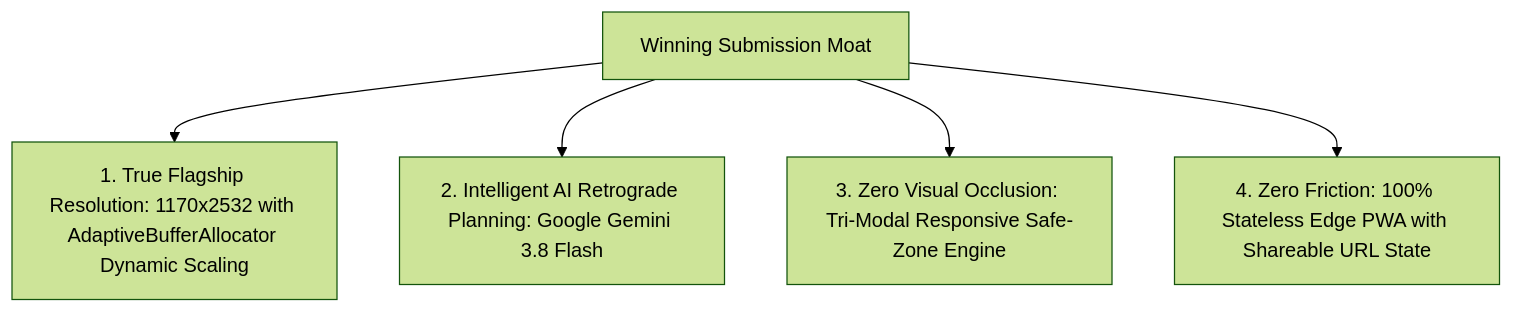
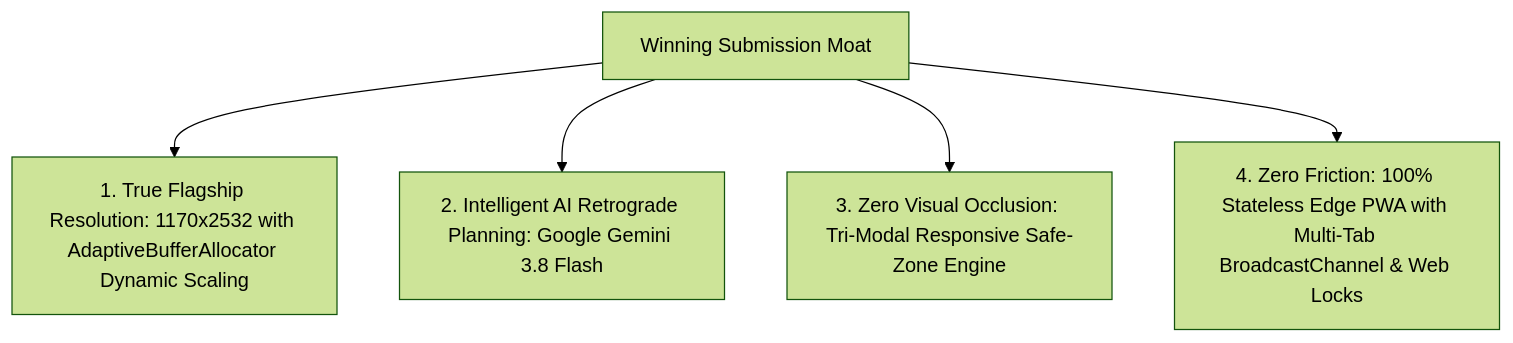
Before and after one commit to piyushmakhija28/countdown-lockscreen-challenge: the diagram in docs/lockscreen-design-strategy.md, drawn with Mermaid (forest theme). The commit also changed 46 other files, not shown here.

````diff
--- a/docs/lockscreen-design-strategy.md
+++ b/docs/lockscreen-design-strategy.md
@@ -19,7 +19,7 @@
 ```mermaid
 graph TD
     Win[Winning Submission Moat] --> Moat1[1. True Flagship Resolution: 1170x2532 with AdaptiveBufferAllocator Dynamic Scaling]
     Win --> Moat2[2. Intelligent AI Retrograde Planning: Google Gemini 3.8 Flash]
     Win --> Moat3[3. Zero Visual Occlusion: Tri-Modal Responsive Safe-Zone Engine]
-    Win --> Moat4[4. Zero Friction: 100% Stateless Edge PWA with Shareable URL State]
+    Win --> Moat4[4. Zero Friction: 100% Stateless Edge PWA with Multi-Tab BroadcastChannel & Web Locks]
 ```
````
